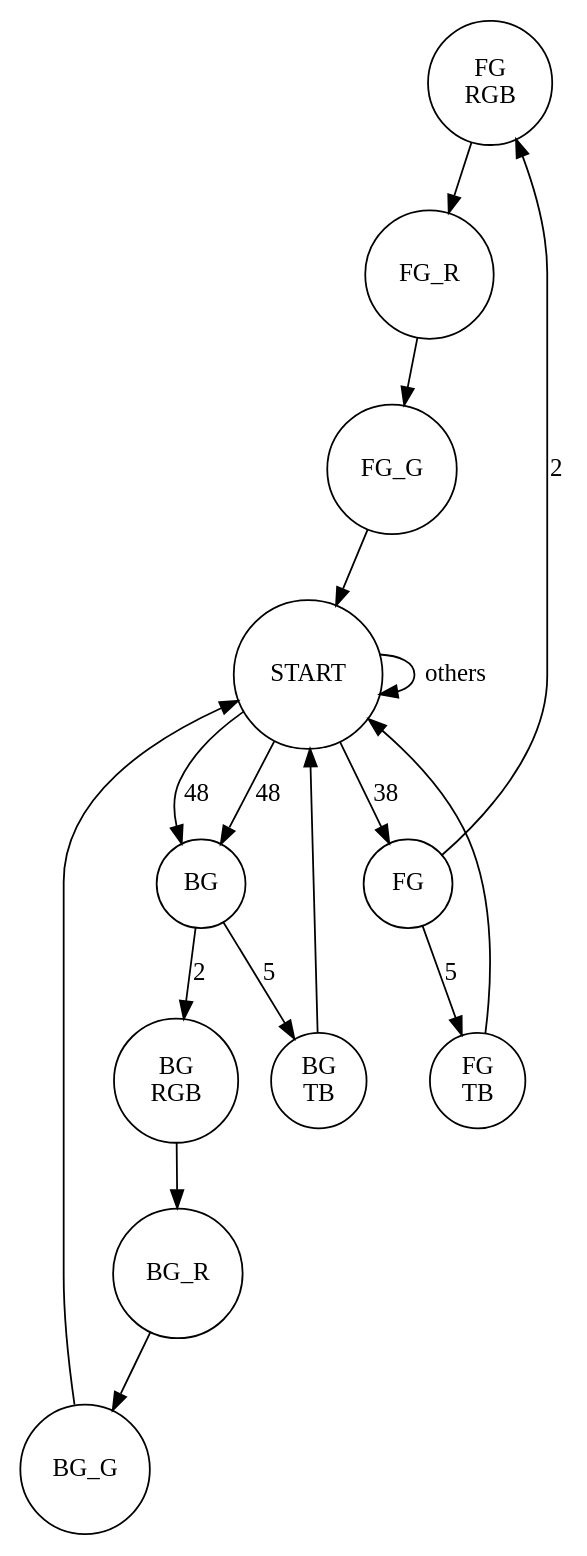
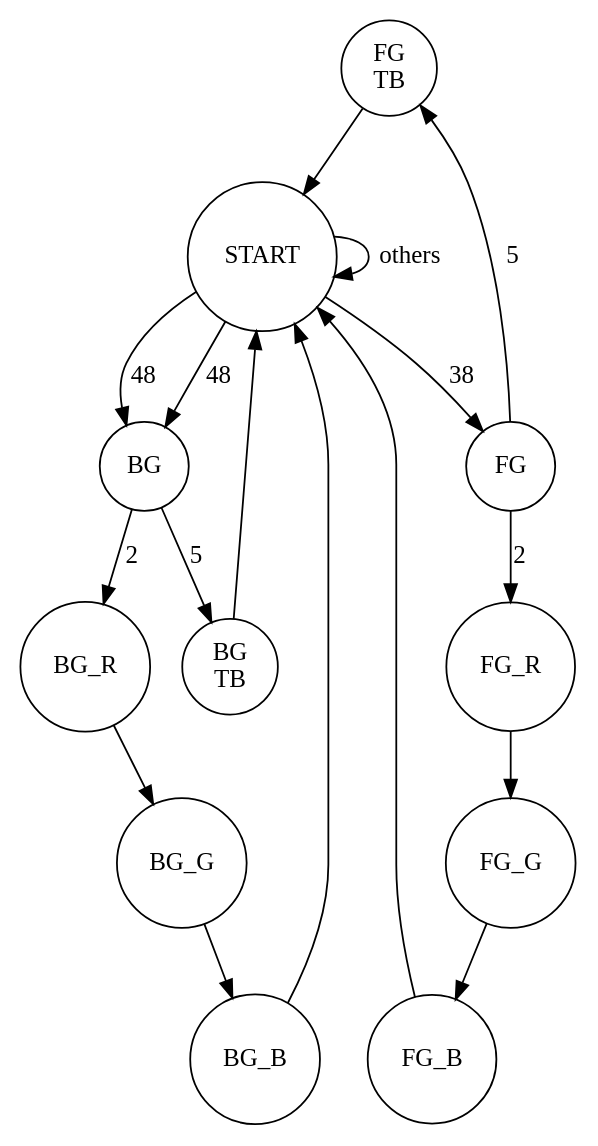
One commit to Harry-Chen/fpga-virtual-console changed the diagram in doc/SGR.dot. Above: the diagram before and after it, drawn with Graphviz. The commit also changed 10 other files, not shown here.

Commit message:
Graphics support.

```diff
--- a/doc/SGR.dot
+++ b/doc/SGR.dot
@@ -1,29 +1,27 @@
 digraph DFA {   
 //	edge[fontname="FangSong"];  
 //	node[peripheries=2, fontname="FangSong"];  
 //	size="16, 16";  
 	node[shape=circle];  
 
-	FG_RGB[label="FG\nRGB"];
-	BG_RGB[label="BG\nRGB"];
 	FG_TB[label="FG\nTB"];
 	BG_TB[label="BG\nTB"];
 
 	START->START[label="others"];
 	START->FG[label=38];
 	START->BG[label=48];
 
-	FG->FG_RGB[label=2];
-	FG_RGB->FG_R->FG_G->START;
+	FG->FG_R[label=2];
+	FG_R->FG_G->FG_B->START;
 
 	FG->FG_TB[label=5];
 	FG_TB->START;
 
-	BG->BG_RGB[label=2];
-	BG_RGB->BG_R->BG_G->START;
+	BG->BG_R[label=2];
+	BG_R->BG_G->BG_B->START;
 
 	BG->BG_TB[label=5];
 	BG_TB->START;
 
 	START->BG[label=48];
 }
```
